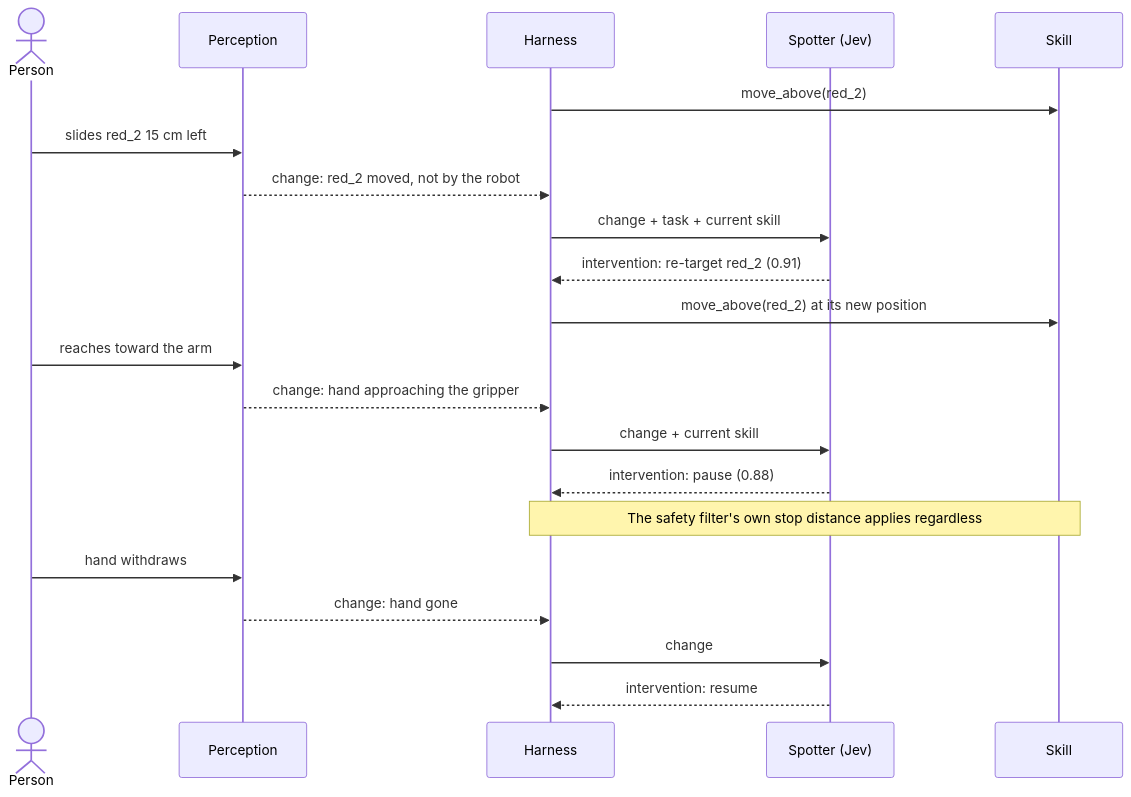
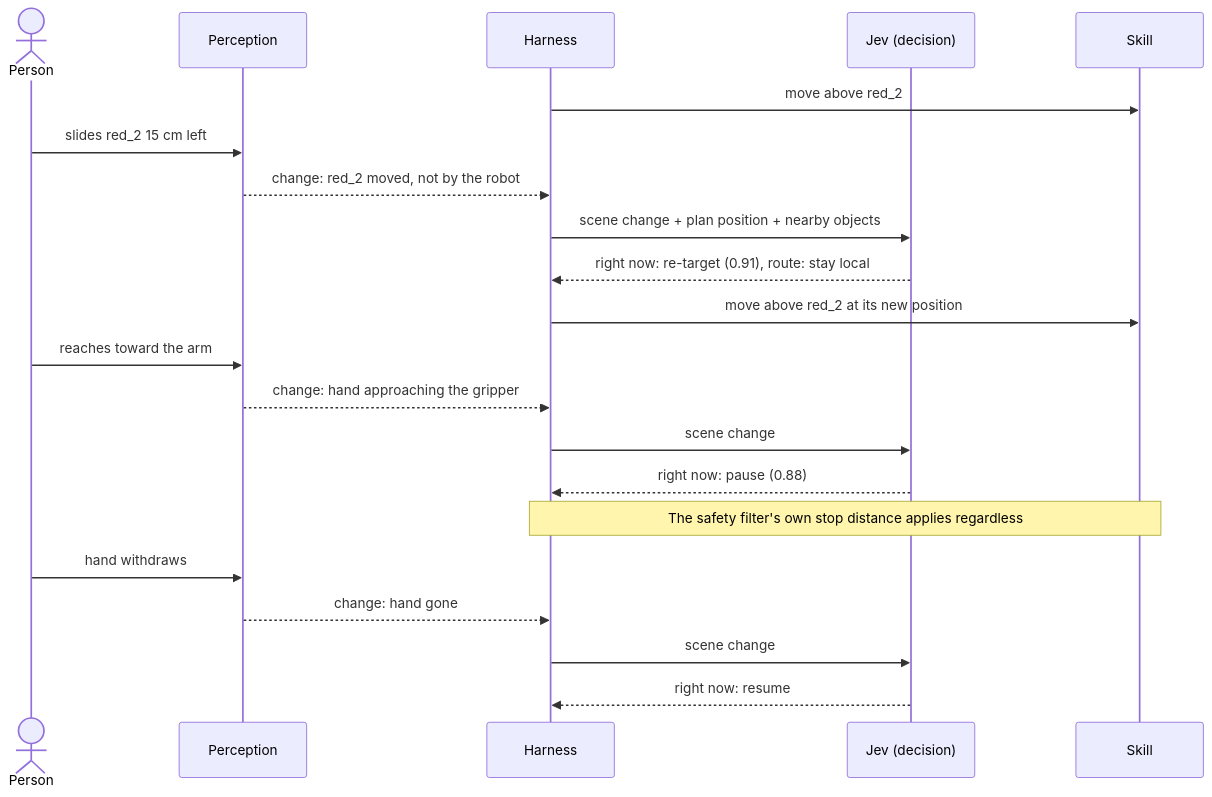
The fifth of 7 diagrams in docs/v2-diagrams.md (alee792/robojev), drawn with Mermaid before and after one commit. The commit also changed other lines of this file and 1 other file, not shown here.

First line of the commit message:
v2: one decision per event (right-now, in-plan fix, route in one Jev request), episodes, no variants prepared up front, plan check runs in parallel with the first step; diagrams redrawn

````diff
--- a/docs/v2-diagrams.md
+++ b/docs/v2-diagrams.md
@@ -153,24 +146,24 @@
 ```mermaid
 sequenceDiagram
     actor Pe as Person
     participant W as Perception
     participant H as Harness
-    participant Sp as Spotter (Jev)
+    participant J as Jev (decision)
     participant K as Skill
 
-    H->>K: move_above(red_2)
+    H->>K: move above red_2
     Pe->>W: slides red_2 15 cm left
     W-->>H: change: red_2 moved, not by the robot
-    H->>Sp: change + task + current skill
-    Sp-->>H: intervention: re-target red_2 (0.91)
-    H->>K: move_above(red_2) at its new position
+    H->>J: scene change + plan position + nearby objects
+    J-->>H: right now: re-target (0.91), route: stay local
+    H->>K: move above red_2 at its new position
     Pe->>W: reaches toward the arm
     W-->>H: change: hand approaching the gripper
-    H->>Sp: change + current skill
-    Sp-->>H: intervention: pause (0.88)
+    H->>J: scene change
+    J-->>H: right now: pause (0.88)
     Note over H,K: The safety filter's own stop distance applies regardless
     Pe->>W: hand withdraws
     W-->>H: change: hand gone
-    H->>Sp: change
-    Sp-->>H: intervention: resume
+    H->>J: scene change
+    J-->>H: right now: resume
 ```
````
